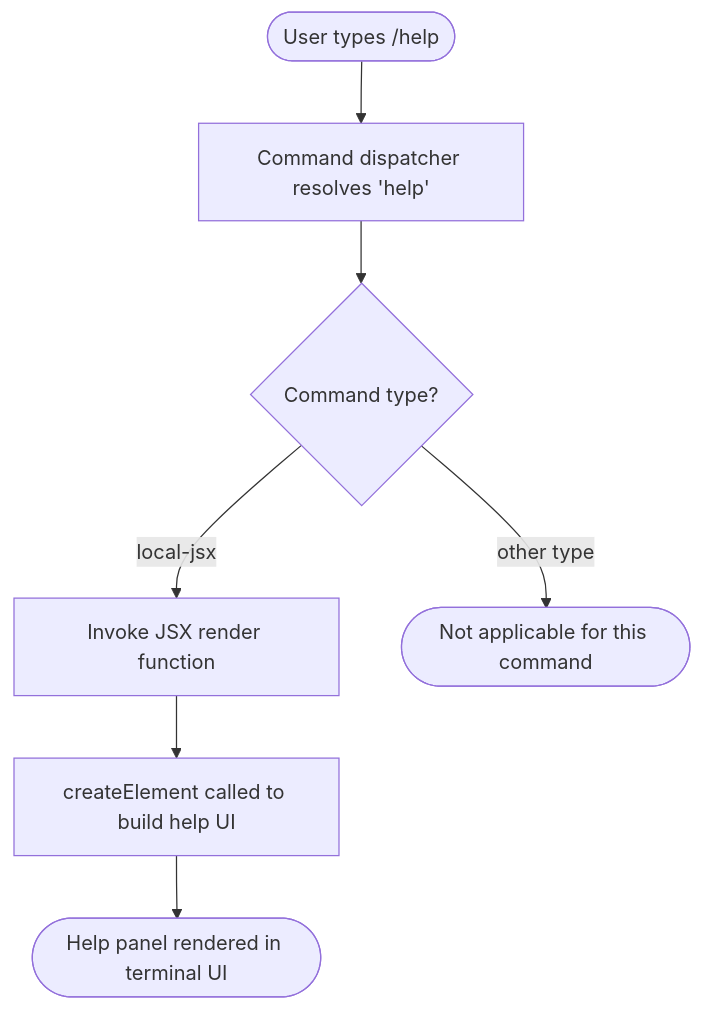
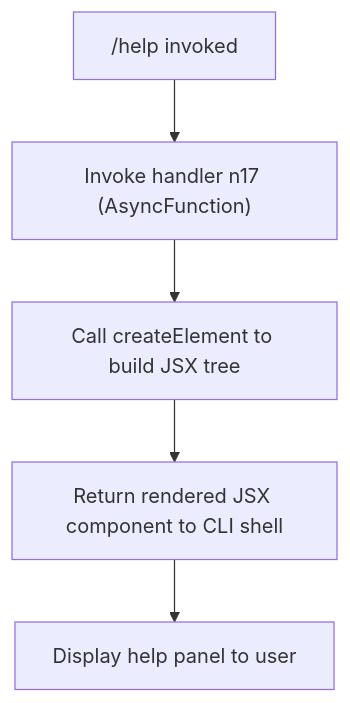
The diagram in versions/v2.1.132/help.md (MyLittleLuckyDog/cc-gnothi), drawn with Mermaid before and after one commit. The commit also changed other lines of this file and 96 other files, not shown here.

````diff
--- a/versions/v2.1.132/help.md
+++ b/versions/v2.1.132/help.md
@@ -44,9 +56,7 @@
 ```mermaid
 flowchart TD
-    A([User types /help]) --> B[Command dispatcher resolves 'help']
-    B --> C{Command type?}
-    C -- local-jsx --> D[Invoke JSX render function]
-    D --> E[createElement called to build help UI]
-    E --> F([Help panel rendered in terminal UI])
-    C -- other type --> G([Not applicable for this command])
+    A["/help invoked"] --> B["Invoke handler n17 (AsyncFunction)"]
+    B --> C["Call createElement to build JSX tree"]
+    C --> D["Return rendered JSX component to CLI shell"]
+    D --> E["Display help panel to user"]
 ```
````
